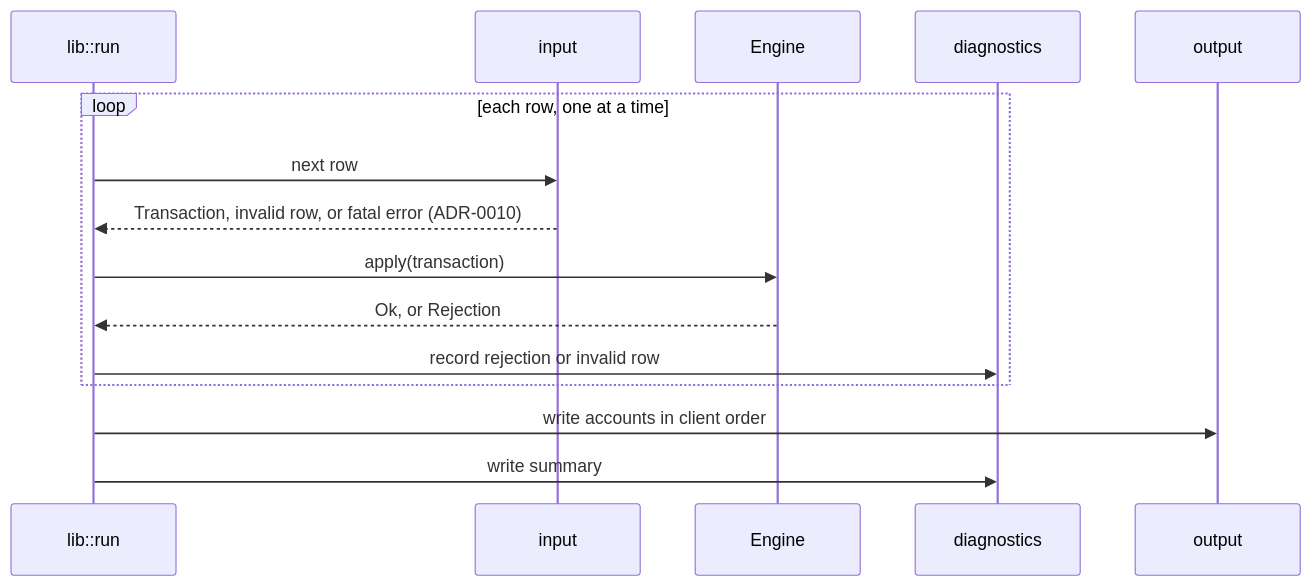
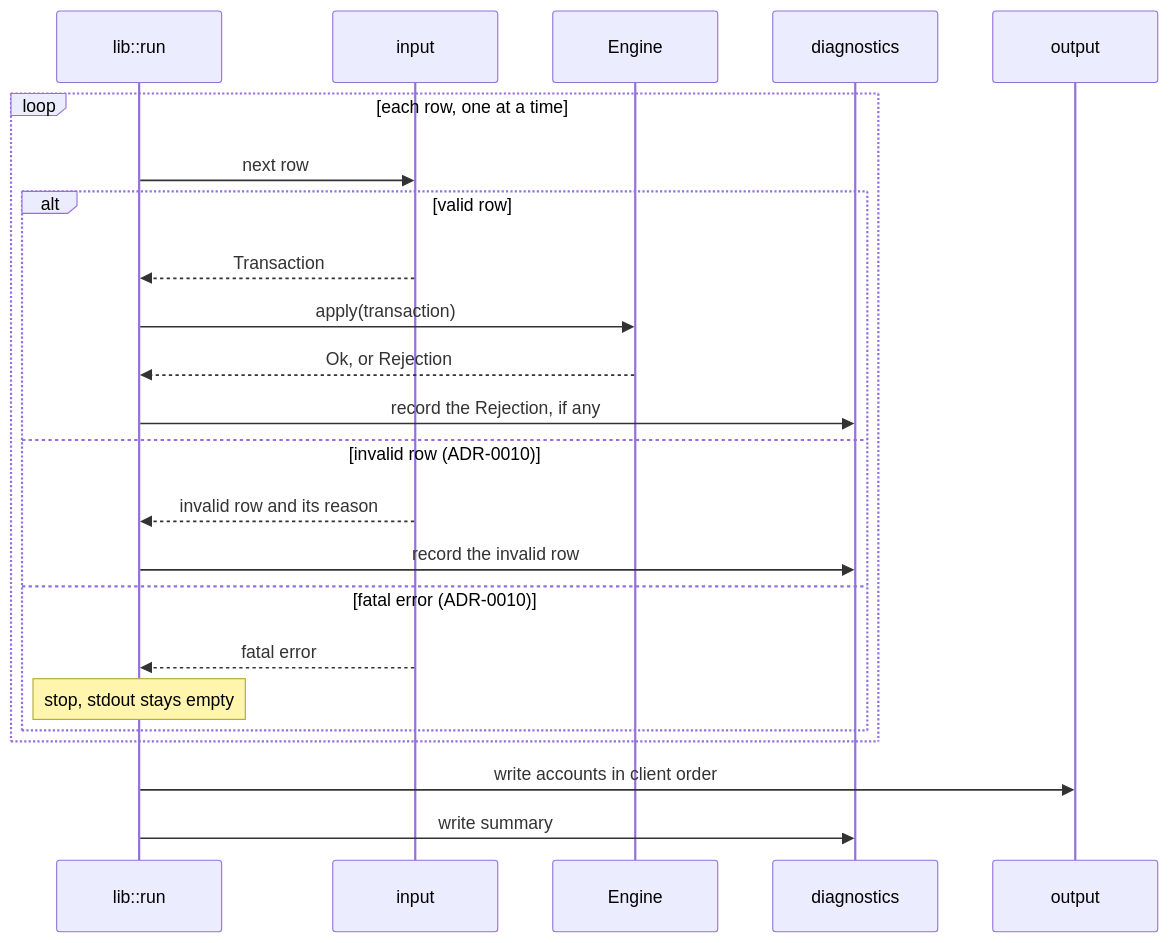
One commit to alonsosolano/rust-transactions-practice changed the second of 4 diagrams in docs/decisions/0011-architecture-and-memory.md. Above: the diagram before and after it, drawn with Mermaid. The commit also changed other lines of this file, not shown here.

First line of the commit message:
docs(adr): qualify cost, crash, and shard guarantees in ADR-0011

````diff
--- a/docs/decisions/0011-architecture-and-memory.md
+++ b/docs/decisions/0011-architecture-and-memory.md
@@ -112,17 +112,25 @@
 ```mermaid
 sequenceDiagram
     participant run as lib::run
     participant input
     participant engine as Engine
     participant diag as diagnostics
     participant output
     loop each row, one at a time
         run->>input: next row
-        input-->>run: Transaction, invalid row, or fatal error (ADR-0010)
-        run->>engine: apply(transaction)
-        engine-->>run: Ok, or Rejection
-        run->>diag: record rejection or invalid row
+        alt valid row
+            input-->>run: Transaction
+            run->>engine: apply(transaction)
+            engine-->>run: Ok, or Rejection
+            run->>diag: record the Rejection, if any
+        else invalid row (ADR-0010)
+            input-->>run: invalid row and its reason
+            run->>diag: record the invalid row
+        else fatal error (ADR-0010)
+            input-->>run: fatal error
+            Note over run: stop, stdout stays empty
+        end
     end
     run->>output: write accounts in client order
     run->>diag: write summary
 ```
````
